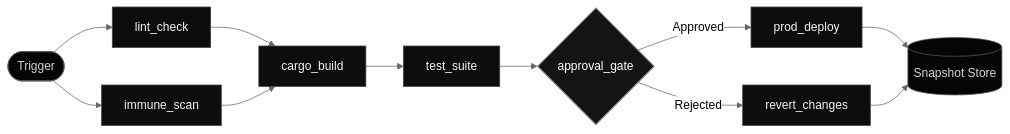
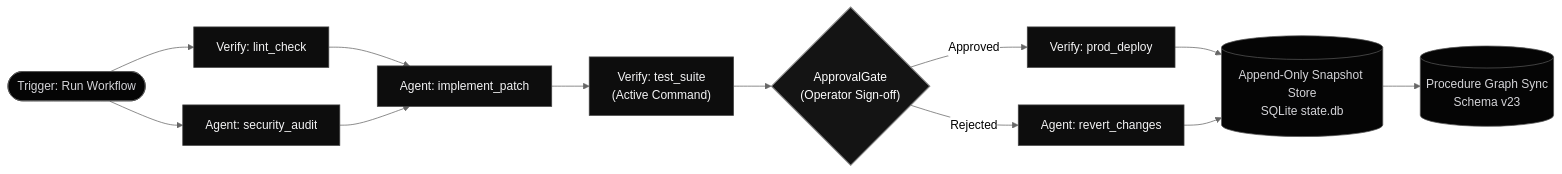
The diagram in src/routes/docs/workflows/+page.md (autonomic-ai-dev/website), drawn with Mermaid (neutral theme) before and after one commit. The commit also changed other lines of this file, not shown here.

Commit message:
docs(workflows): update agent-spine architecture, node kinds, active verification, and knapsack injection (#32)

````diff
--- a/src/routes/docs/workflows/+page.md
+++ b/src/routes/docs/workflows/+page.md
@@ -9,24 +9,25 @@
 ```mermaid
 flowchart LR
-    Start(["Trigger"]) --> Lint["lint_check"]
-    Start --> Scan["immune_scan"]
+    Start(["Trigger: Run Workflow"]) --> Lint["Verify: lint_check"]
+    Start --> Scan["Agent: security_audit"]
     
-    Lint --> Build["cargo_build"]
+    Lint --> Build["Agent: implement_patch"]
     Scan --> Build
     
-    Build --> Test["test_suite"]
-    Test --> Gate{"approval_gate"}
+    Build --> Test["Verify: test_suite<br/>(Active Command)"]
+    Test --> Gate{"ApprovalGate<br/>(Operator Sign-off)"}
     
-    Gate -->|Approved| Deploy["prod_deploy"]
-    Gate -->|Rejected| Rollback["revert_changes"]
+    Gate -->|Approved| Deploy["Verify: prod_deploy"]
+    Gate -->|Rejected| Fallback["Agent: revert_changes"]
 
-    Deploy --> Snapshot[("Snapshot Store")]
-    Rollback --> Snapshot
+    Deploy --> Snapshot[("Append-Only Snapshot Store<br/>SQLite state.db")]
+    Fallback --> Snapshot
+    Snapshot --> BrainSync[("Procedure Graph Sync<br/>Schema v23")]
 
     classDef exec fill:#0d0d0d,stroke:#444444,stroke-width:1px,color:#f4f4f5;
     classDef gate fill:#141414,stroke:#888888,stroke-width:1.5px,color:#ffffff;
     classDef terminal fill:#050505,stroke:#555555,stroke-width:1px,color:#d4d4d8;
-    class Lint,Scan,Build,Test,Deploy,Rollback exec;
+    class Lint,Scan,Build,Test,Deploy,Fallback exec;
     class Gate gate;
-    class Snapshot,Start terminal;
+    class Snapshot,Start,BrainSync terminal;
 ```
````
